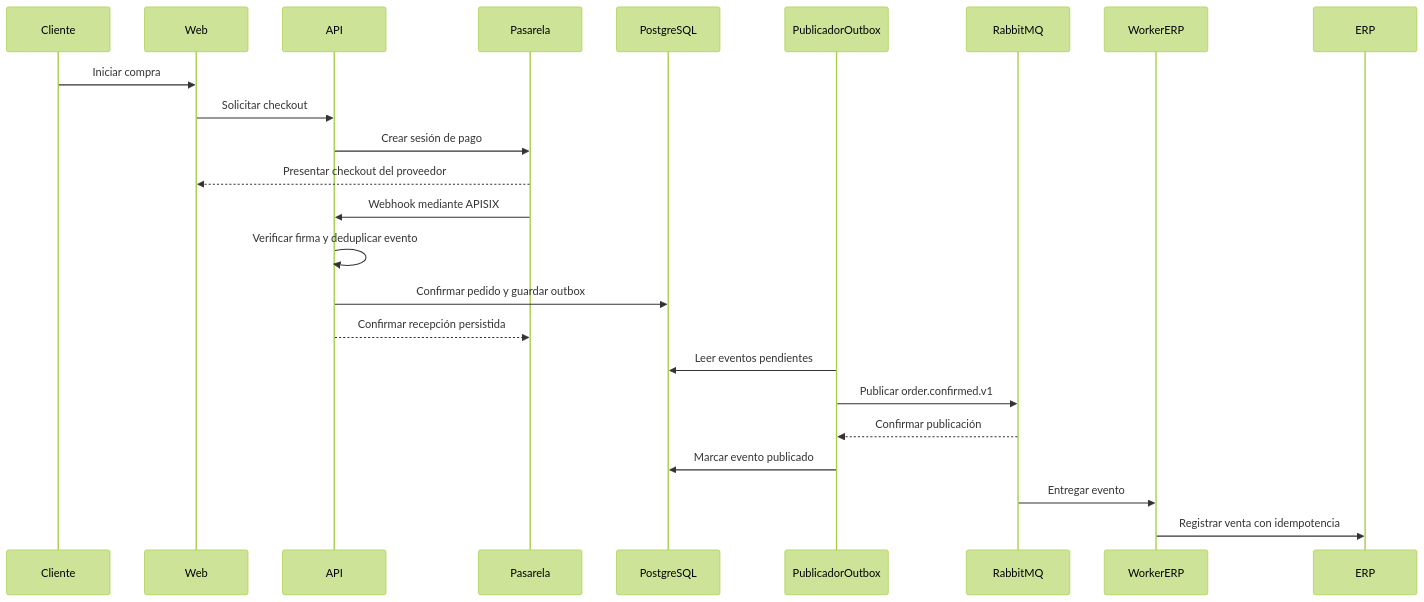
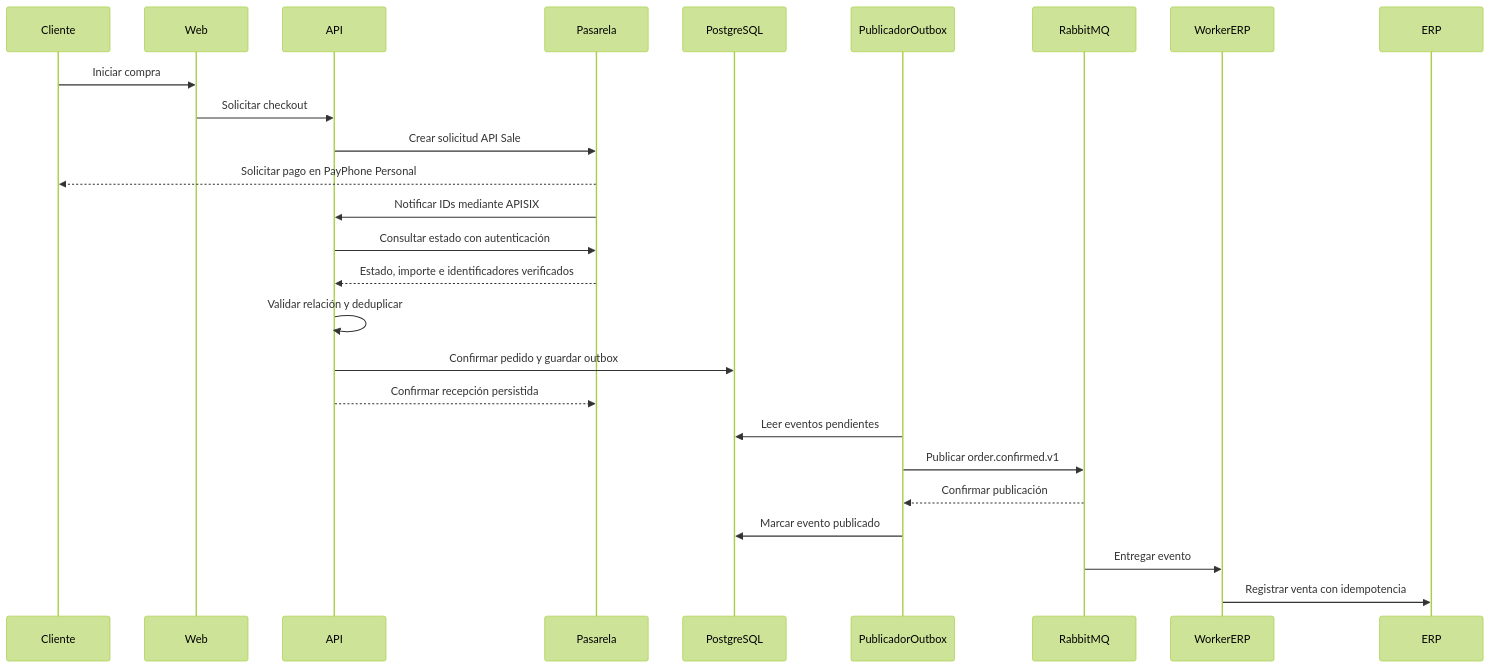
One commit to TESSIUM-Tech/GroupMG-Commerce-Demo changed the second of 2 diagrams in README.md. Above: the diagram before and after it, drawn with Mermaid (forest theme). The commit also changed other lines of this file and 4 other files, not shown here.

````diff
--- a/README.md
+++ b/README.md
@@ -73,27 +72,29 @@
 ```mermaid
 sequenceDiagram
     participant Cliente
     participant Web
     participant API
     participant Pasarela
     participant PostgreSQL
     participant PublicadorOutbox
     participant RabbitMQ
     participant WorkerERP
     participant ERP
 
     Cliente->>Web: Iniciar compra
     Web->>API: Solicitar checkout
-    API->>Pasarela: Crear sesión de pago
-    Pasarela-->>Web: Presentar checkout del proveedor
-    Pasarela->>API: Webhook mediante APISIX
-    API->>API: Verificar firma y deduplicar evento
+    API->>Pasarela: Crear solicitud API Sale
+    Pasarela-->>Cliente: Solicitar pago en PayPhone Personal
+    Pasarela->>API: Notificar IDs mediante APISIX
+    API->>Pasarela: Consultar estado con autenticación
+    Pasarela-->>API: Estado, importe e identificadores verificados
+    API->>API: Validar relación y deduplicar
     API->>PostgreSQL: Confirmar pedido y guardar outbox
     API-->>Pasarela: Confirmar recepción persistida
     PublicadorOutbox->>PostgreSQL: Leer eventos pendientes
     PublicadorOutbox->>RabbitMQ: Publicar order.confirmed.v1
     RabbitMQ-->>PublicadorOutbox: Confirmar publicación
     PublicadorOutbox->>PostgreSQL: Marcar evento publicado
     RabbitMQ->>WorkerERP: Entregar evento
     WorkerERP->>ERP: Registrar venta con idempotencia
 ```
````
